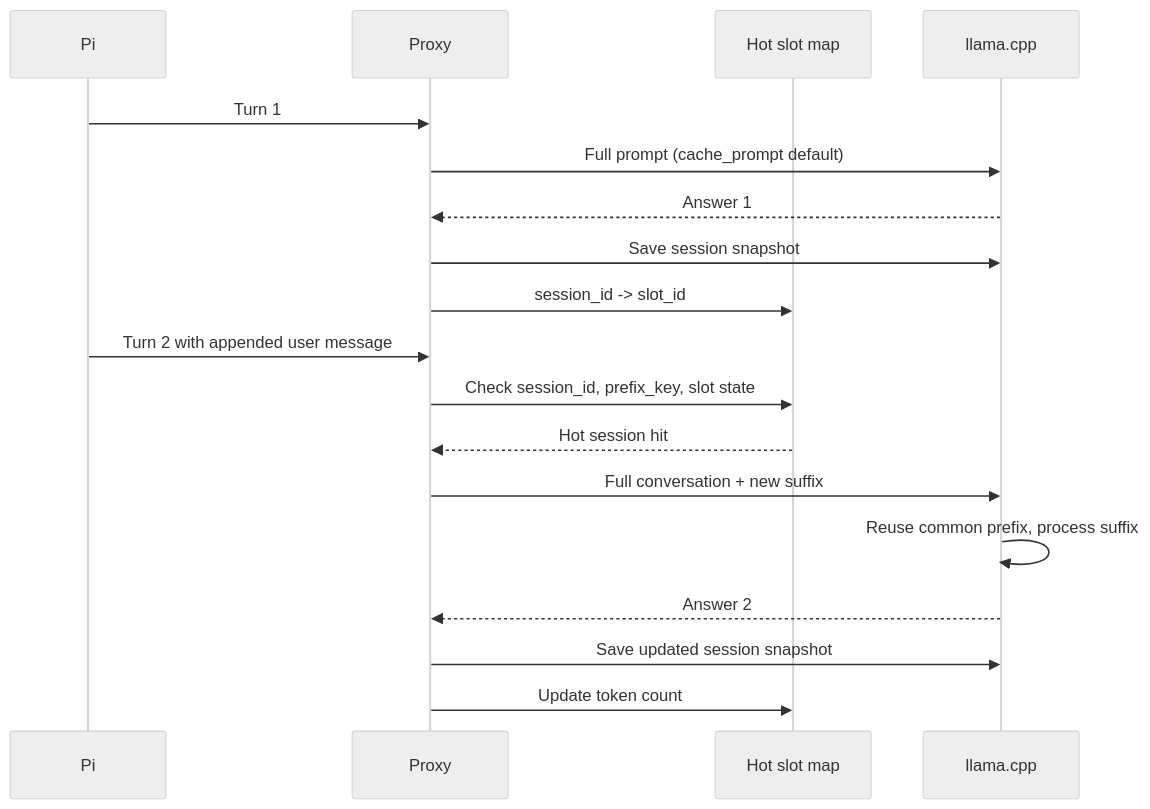
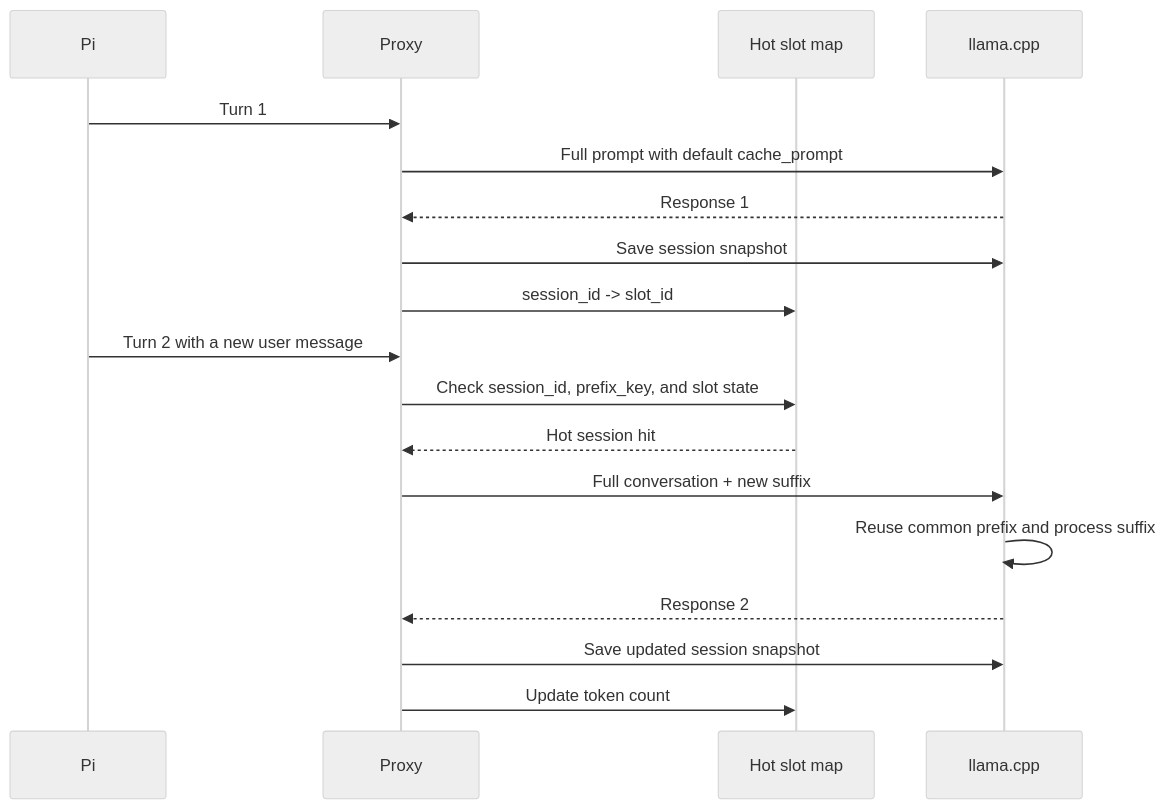
Before and after one commit to gbuisson/local-llm-kv-cache: the sixth of 8 diagrams in DESIGN.md, drawn with Mermaid (neutral theme). The commit also changed other lines of this file and 2 other files, not shown here.

Commit message:
docs: translate and update cache documentation

```diff
--- a/DESIGN.md
+++ b/DESIGN.md
@@ -312,22 +340,22 @@
 ~~~mermaid
 sequenceDiagram
     participant C as Pi
     participant P as Proxy
     participant M as Hot slot map
     participant L as llama.cpp
 
     C->>P: Turn 1
-    P->>L: Full prompt (cache_prompt default)
-    L-->>P: Answer 1
+    P->>L: Full prompt with default cache_prompt
+    L-->>P: Response 1
     P->>L: Save session snapshot
     P->>M: session_id -> slot_id
 
-    C->>P: Turn 2 with appended user message
-    P->>M: Check session_id, prefix_key, slot state
+    C->>P: Turn 2 with a new user message
+    P->>M: Check session_id, prefix_key, and slot state
     M-->>P: Hot session hit
     P->>L: Full conversation + new suffix
-    L->>L: Reuse common prefix, process suffix
-    L-->>P: Answer 2
+    L->>L: Reuse common prefix and process suffix
+    L-->>P: Response 2
     P->>L: Save updated session snapshot
     P->>M: Update token count
 ~~~
```
